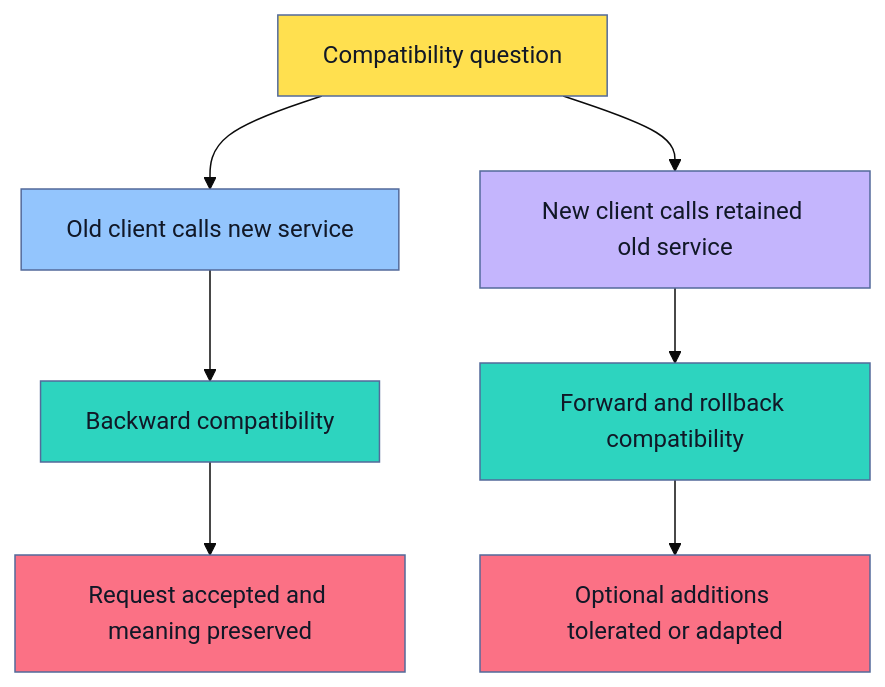
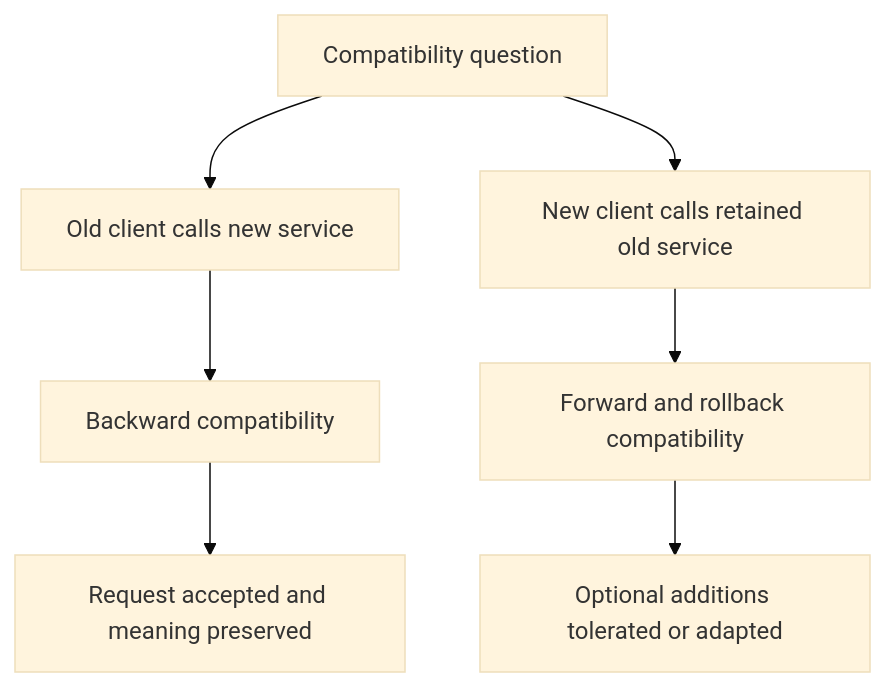
The first of 8 diagrams in roadmaps/mlops/modules/deployment-and-release-management/release-strategies/01-backward-compatible-model-apis.md (senlinyy/dev-roadmaps), drawn with Mermaid (base theme) before and after one commit. The commit also changed other lines of this file and 152 other files, not shown here.

Commit message:
feat: mlops and diagrams updated

````diff
--- a/roadmaps/mlops/modules/deployment-and-release-management/release-strategies/01-backward-compatible-model-apis.md
+++ b/roadmaps/mlops/modules/deployment-and-release-management/release-strategies/01-backward-compatible-model-apis.md
@@ -42,17 +42,17 @@
 ```mermaid
 flowchart TD
     A["Compatibility question"] --> B["Old client calls new service"]
     A --> C["New client calls retained old service"]
     B --> D["Backward compatibility"]
     C --> E["Forward and rollback compatibility"]
     D --> F["Request accepted and meaning preserved"]
     E --> G["Optional additions tolerated or adapted"]
 
-    style A fill:#FFE04F,stroke:#536A9A,color:#111827
-    style B fill:#93C5FD,stroke:#536A9A,color:#111827
-    style C fill:#C4B5FD,stroke:#536A9A,color:#111827
-    style D fill:#2DD4BF,stroke:#536A9A,color:#111827
-    style E fill:#2DD4BF,stroke:#536A9A,color:#111827
-    style F fill:#FB7185,stroke:#536A9A,color:#111827
-    style G fill:#FB7185,stroke:#536A9A,color:#111827
+    class A dp-mermaid-primary
+    class B dp-mermaid-secondary
+    class C dp-mermaid-tertiary
+    class D dp-mermaid-quaternary
+    class E dp-mermaid-quaternary
+    class F dp-mermaid-primary
+    class G dp-mermaid-primary
 ```
````
